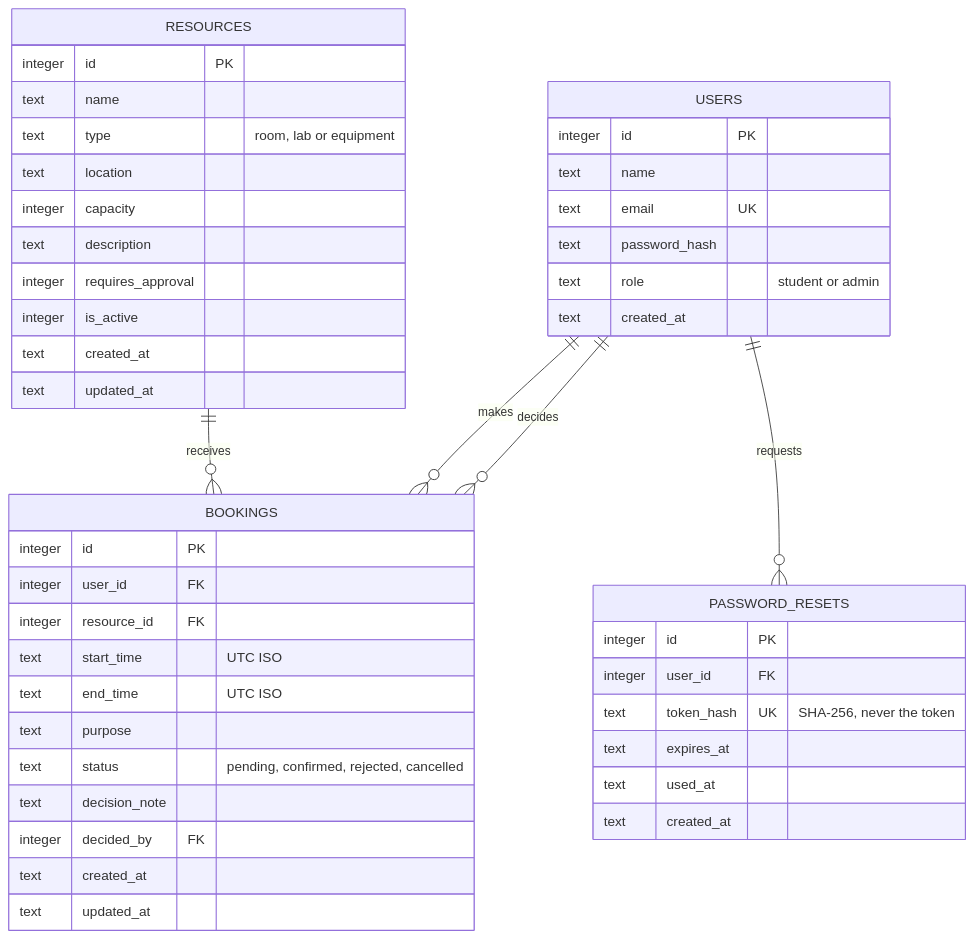
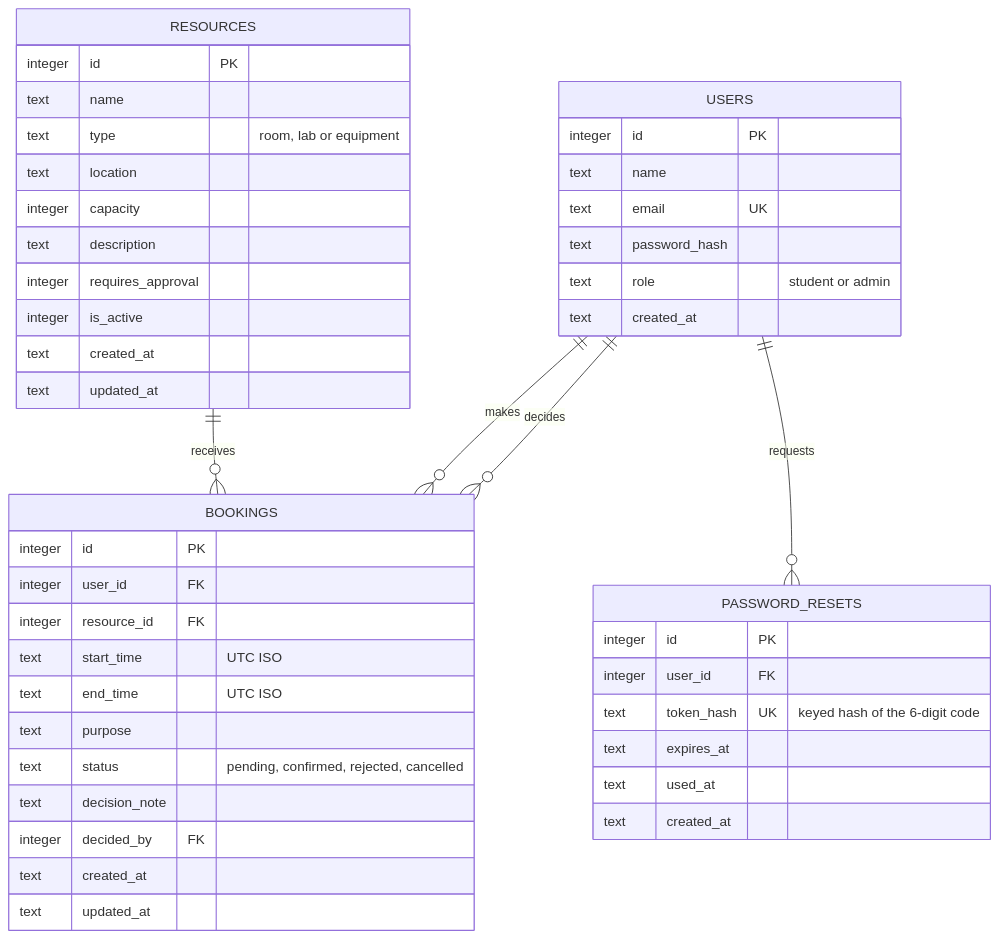
The diagram in docs/DATABASE.md (rakhijatav45-bit/campus-resource-booking), drawn with Mermaid before and after one commit. The commit also changed other lines of this file, not shown here.

````diff
--- a/docs/DATABASE.md
+++ b/docs/DATABASE.md
@@ -5,49 +5,49 @@
 ```mermaid
 erDiagram
     USERS ||--o{ BOOKINGS : makes
     RESOURCES ||--o{ BOOKINGS : receives
     USERS ||--o{ BOOKINGS : decides
     USERS ||--o{ PASSWORD_RESETS : requests
 
     USERS {
         integer id PK
         text name
         text email UK
         text password_hash
         text role "student or admin"
         text created_at
     }
     PASSWORD_RESETS {
         integer id PK
         integer user_id FK
-        text token_hash UK "SHA-256, never the token"
+        text token_hash UK "keyed hash of the 6-digit code"
         text expires_at
         text used_at
         text created_at
     }
     RESOURCES {
         integer id PK
         text name
         text type "room, lab or equipment"
         text location
         integer capacity
         text description
         integer requires_approval
         integer is_active
         text created_at
         text updated_at
     }
     BOOKINGS {
         integer id PK
         integer user_id FK
         integer resource_id FK
         text start_time "UTC ISO"
         text end_time "UTC ISO"
         text purpose
         text status "pending, confirmed, rejected, cancelled"
         text decision_note
         integer decided_by FK
         text created_at
         text updated_at
     }
 ```
````
